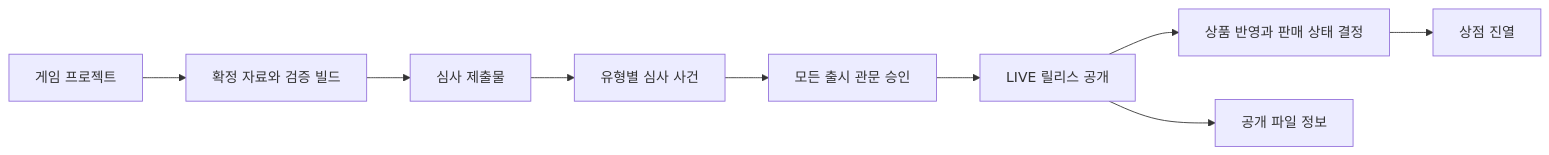
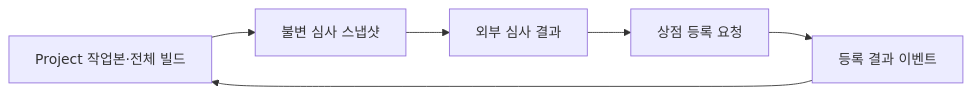
The first of 2 diagrams in docs/domain/workflows.md (tlswltjq/esd-platform), drawn with Mermaid before and after one commit. The commit also changed other lines of this file and 257 other files, not shown here.

````diff
--- a/docs/domain/workflows.md
+++ b/docs/domain/workflows.md
@@ -20,11 +20,8 @@
-```mermaid
+~~~mermaid
 flowchart LR
-    P[게임 프로젝트] --> M[확정 자료와 검증 빌드]
-    M --> S[심사 제출물]
-    S --> R[유형별 심사 사건]
-    R --> G[모든 출시 관문 승인]
-    G --> L[LIVE 릴리스 공개]
-    L --> C[상품 반영과 판매 상태 결정]
-    C --> V[상점 진열]
-    L --> D[공개 파일 정보]
-```
+ P[Project 작업본·전체 빌드] --> R[불변 심사 스냅샷]
+ R --> A[외부 심사 결과]
+ A --> U[상점 등록 요청]
+ U --> S[등록 결과 이벤트]
+ S --> P
+~~~
````
